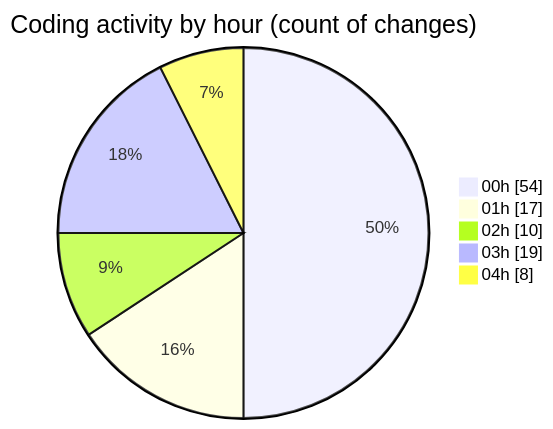
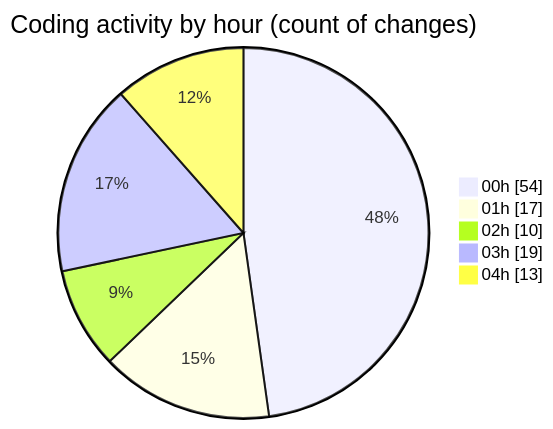
One commit to lephambinh05/code-tracking changed the second of 2 diagrams in 2025-07-26/quanlyrapchieuphim-1/README.md. Above: the diagram before and after it, drawn with Mermaid. The commit also changed other lines of this file and 1 other file, not shown here.

````diff
--- a/2025-07-26/quanlyrapchieuphim-1/README.md
+++ b/2025-07-26/quanlyrapchieuphim-1/README.md
@@ -36,9 +38,9 @@
 ```mermaid
 pie showData
 title Coding activity by hour (count of changes)
 "00h" : 54
 "01h" : 17
 "02h" : 10
 "03h" : 19
-"04h" : 8
+"04h" : 13
 ```
````
